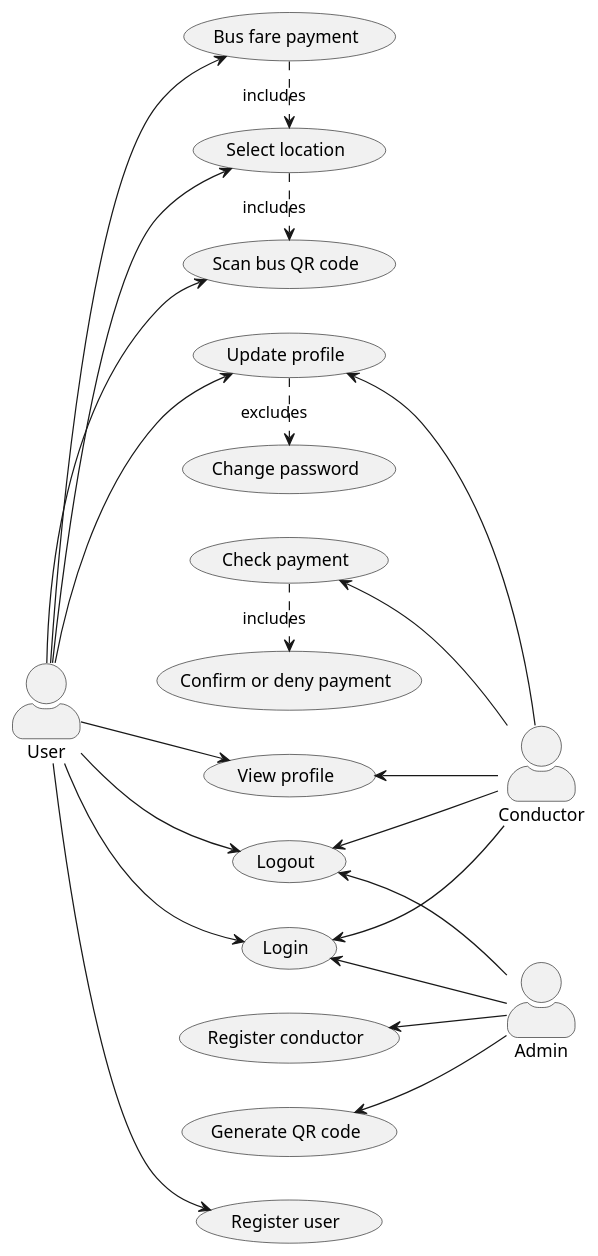
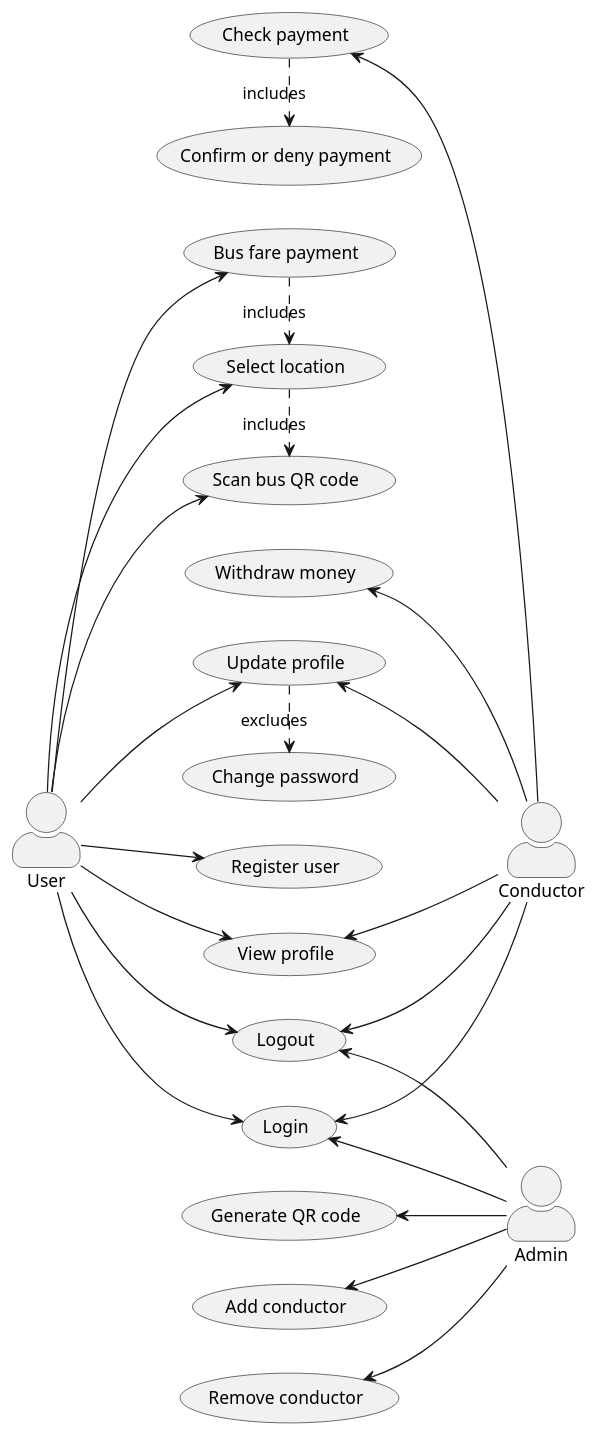
Before and after one commit to robinsrk/bus-payment: the diagram in app/src/main/assets/diagrams/usecase.puml, drawn with PlantUML. The commit also changed 8 other files, not shown here.

```diff
--- a/app/src/main/assets/diagrams/usecase.puml
+++ b/app/src/main/assets/diagrams/usecase.puml
@@ -1,56 +1,60 @@
 @startuml
 left to right direction
 skinparam actorStyle awesome
 'skinparam monochrome reverse
 skinparam backgroundColor transparent
 
 ' Actors
 actor User as user
 actor Conductor as conductor
 actor Admin as admin
 
 ' Use cases
 (Login) as login
 (Logout) as logout
 (Bus fare payment) as payment
 (Register user) as ruser
-(Register conductor) as rconductor
+(Add conductor) as aconductor
+(Remove conductor) as rconductor
 (Scan bus QR code) as scan
 (Select location) as location
 (View profile) as vprofile
 (Change password) as changep
 (Update profile) as uprofile
 (Check payment) as cpayment
 (Confirm or deny payment) as upPay
 (Generate QR code) as qrGen
+(Withdraw money) as wm
 
 ' User use-cases
-user --> login
+user -> login
 user --> scan
 user --> logout
 user --> location
 user --> ruser
 user --> payment
 user --> vprofile
 user --> uprofile
 
 ' Conductor use-cases
 logout <-- conductor
 login <-- conductor
 vprofile <-- conductor
 uprofile <-- conductor
+wm <-- conductor
 cpayment <-- conductor
 
 ' Admin use-cases
 logout <-- admin
 login <-- admin
 rconductor <-- admin
+aconductor <-- admin
 qrGen <-- admin
 
 ' General functions
 payment .> location : includes
 location .> scan : includes
 uprofile .> changep : excludes
 cpayment .> upPay : includes
 
 @enduml
```
